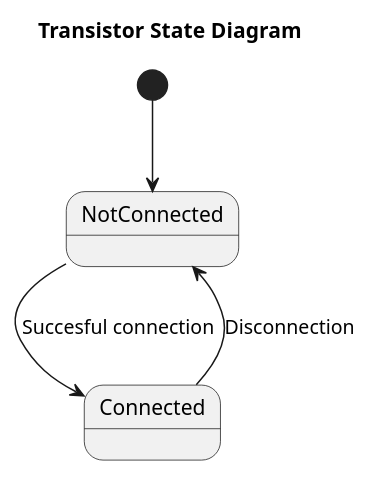
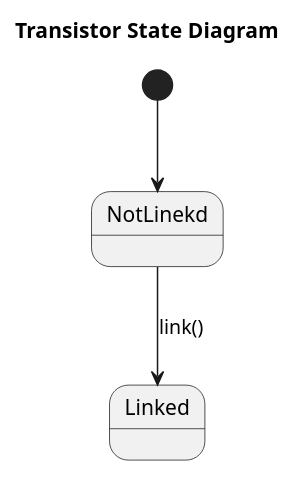
The diagram in docs/diagrams/state/transistor-state.puml (sn4k3ch4rm3r/logarlec), drawn with PlantUML before and after one commit. The commit also changed 2 other files, not shown here.

Commit message:
Extended the diagrams, with based on the cmmment in issue 15.
#UML

```diff
--- a/docs/diagrams/state/transistor-state.puml
+++ b/docs/diagrams/state/transistor-state.puml
@@ -1,8 +1,7 @@
 @startuml transistor
 title Transistor State Diagram
 
-[*] --> NotConnected
-NotConnected --> Connected : Succesful connection
-Connected --> NotConnected : Disconnection
+[*] --> NotLinekd
+NotLinekd --> Linked : link()
 
 @enduml
```
